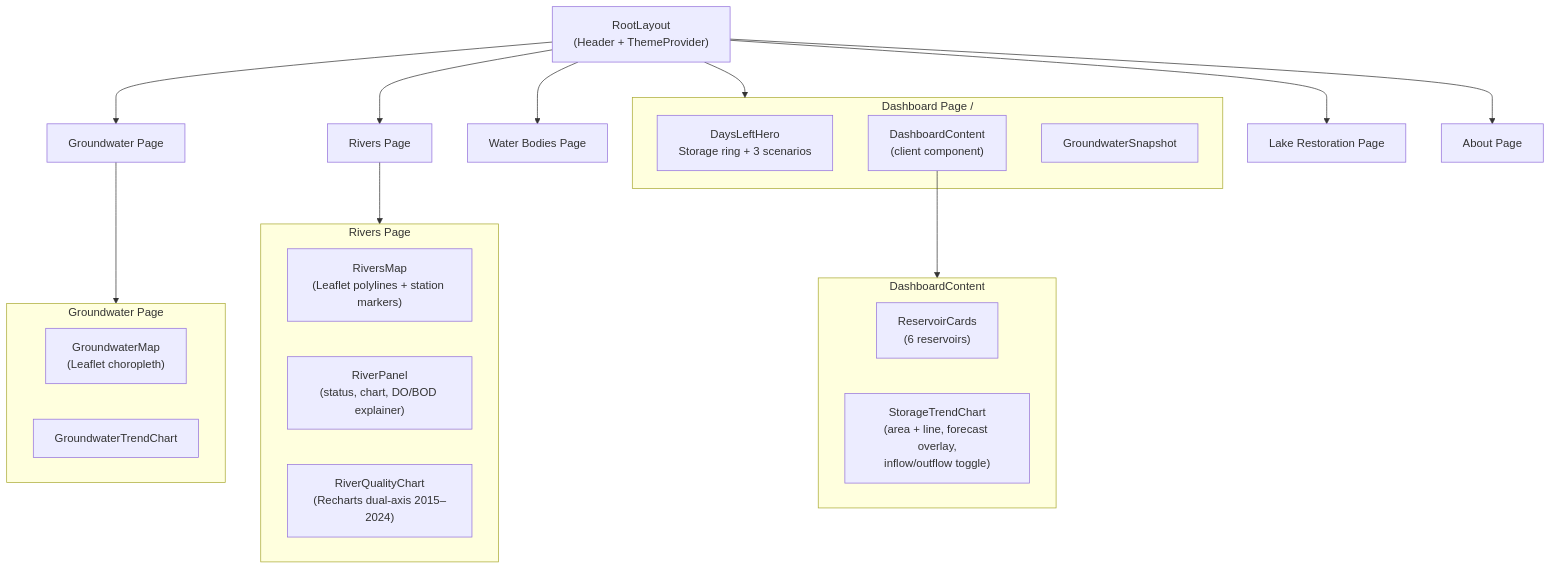
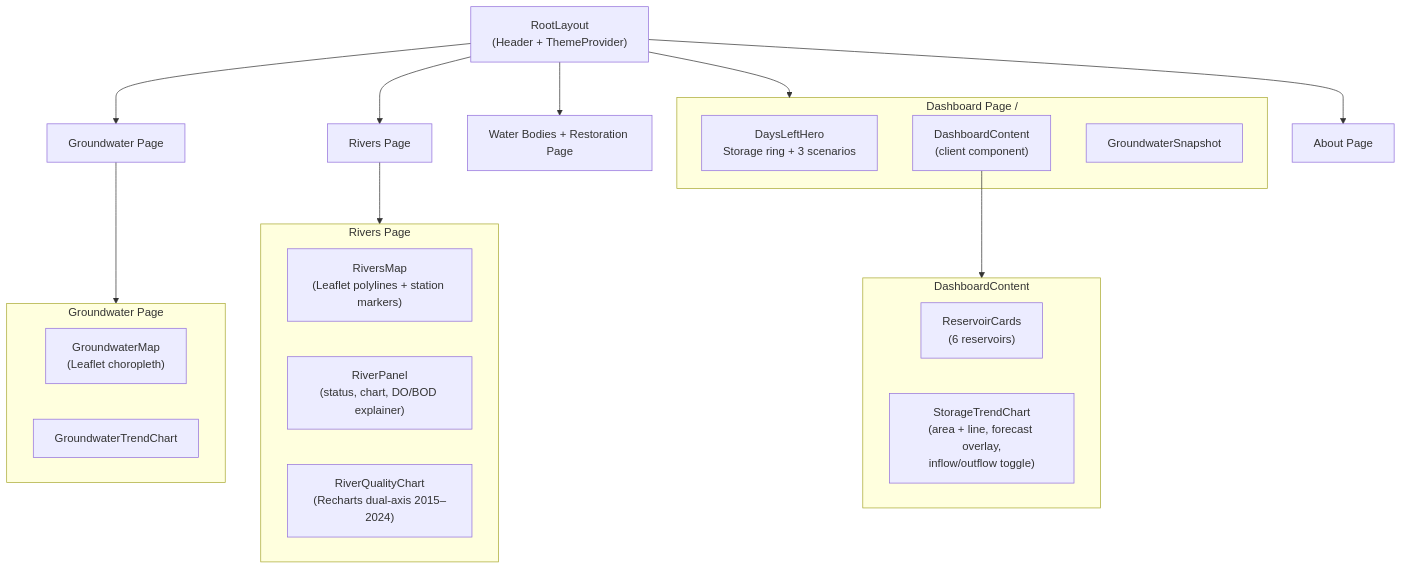
One commit to SundareshPrasanna/neer-vazhvu changed the fifth of 5 diagrams in ARCHITECTURE.md. Above: the diagram before and after it, drawn with Mermaid. The commit also changed other lines of this file and 4 other files, not shown here.

````diff
--- a/ARCHITECTURE.md
+++ b/ARCHITECTURE.md
@@ -254,39 +253,38 @@
 ```mermaid
 graph TD
     Layout["RootLayout<br/>(Header + ThemeProvider)"]
 
     Layout --> Dashboard
     Layout --> GW["Groundwater Page"]
-    Layout --> WB["Water Bodies Page"]
+    Layout --> WB["Water Bodies + Restoration Page"]
     Layout --> RV["Rivers Page"]
-    Layout --> LR["Lake Restoration Page"]
     Layout --> About["About Page"]
 
     subgraph Dashboard["Dashboard Page /"]
         DLH["DaysLeftHero<br/>Storage ring + 3 scenarios"]
         DC["DashboardContent<br/>(client component)"]
         GWS["GroundwaterSnapshot"]
     end
 
     subgraph DC_Children["DashboardContent"]
         RC["ReservoirCards<br/>(6 reservoirs)"]
         STC["StorageTrendChart<br/>(area + line, forecast overlay,<br/>inflow/outflow toggle)"]
     end
 
     DC --> DC_Children
 
     subgraph GW_Children["Groundwater Page"]
         GM["GroundwaterMap<br/>(Leaflet choropleth)"]
         GT["GroundwaterTrendChart"]
     end
 
     GW --> GW_Children
 
     subgraph RV_Children["Rivers Page"]
         RM["RiversMap<br/>(Leaflet polylines + station markers)"]
         RP["RiverPanel<br/>(status, chart, DO/BOD explainer)"]
         RQC["RiverQualityChart<br/>(Recharts dual-axis 2015–2024)"]
     end
 
     RV --> RV_Children
 ```
````
